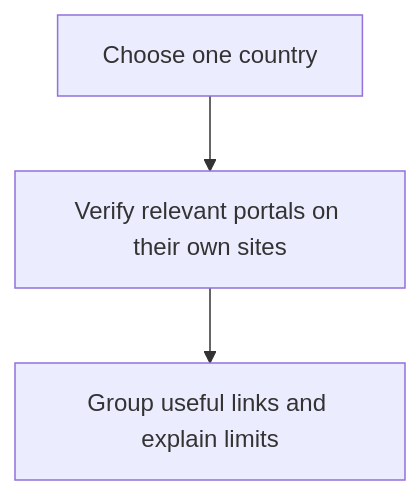
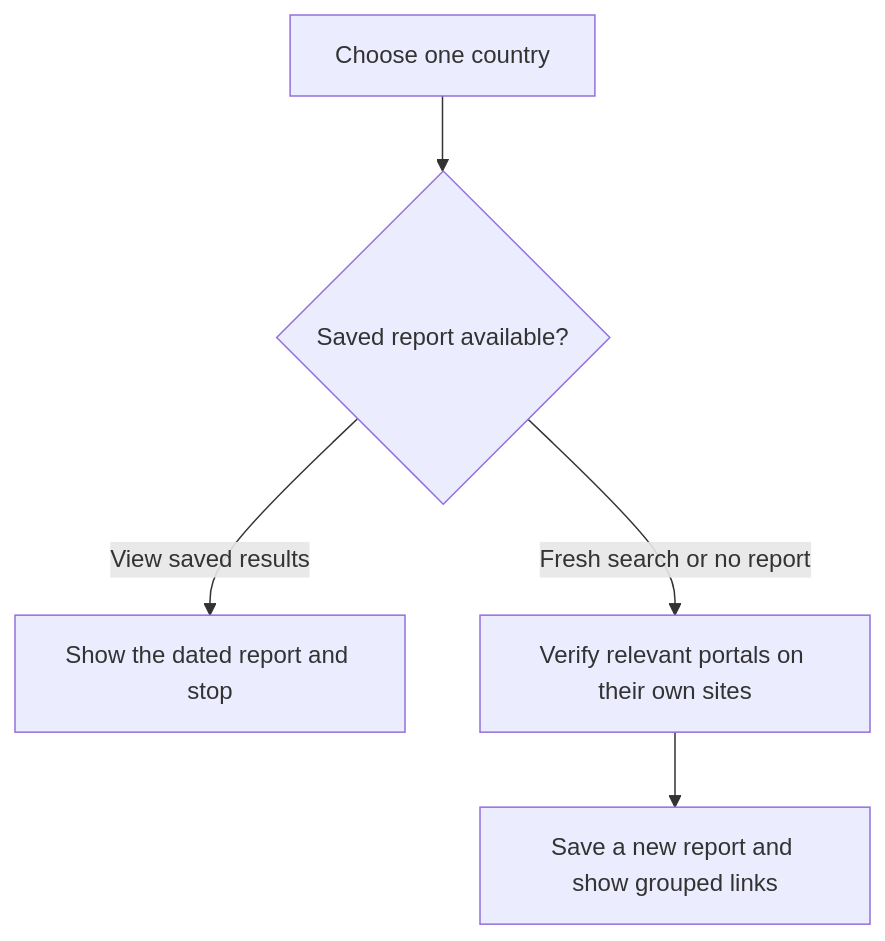
Before and after one commit to myowinthein/agent-compass: the diagram in docs/commands/portal-finder.md, drawn with Mermaid. The commit also changed other lines of this file and 16 other files, not shown here.

Commit message:
feat(portal-finder): save and replay dated country reports

````diff
--- a/docs/commands/portal-finder.md
+++ b/docs/commands/portal-finder.md
@@ -19,5 +19,7 @@
 ```mermaid
 flowchart TD
-  Country["Choose one country"] --> Research["Verify relevant portals on their own sites"]
-  Research --> Result["Group useful links and explain limits"]
+  Country["Choose one country"] --> Saved{"Saved report available?"}
+  Saved -->|View saved results| View["Show the dated report and stop"]
+  Saved -->|Fresh search or no report| Research["Verify relevant portals on their own sites"]
+  Research --> Result["Save a new report and show grouped links"]
 ```
````
